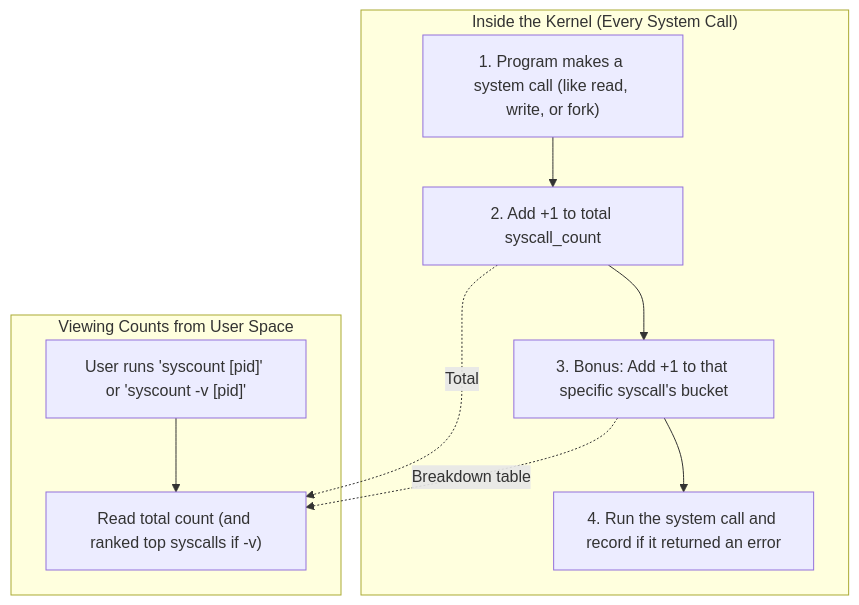
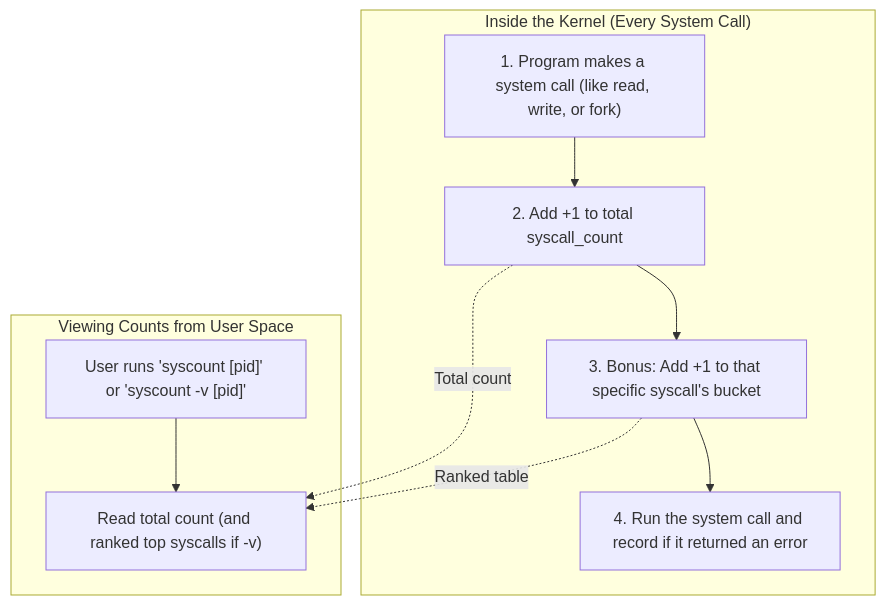
One commit to asbahkhan67-ctrl/xv6-riscv changed diagram 11 of 21 in README.md. Above: the diagram before and after it, drawn with Mermaid. The commit also changed other lines of this file and 167 other files, not shown here.

````diff
--- a/README.md
+++ b/README.md
@@ -757,15 +657,15 @@
 ```mermaid
 flowchart TD
     subgraph Count["Inside the Kernel (Every System Call)"]
         K1["1. Program makes a system call (like read, write, or fork)"] --> K2["2. Add +1 to total syscall_count"]
         K2 --> K3["3. Bonus: Add +1 to that specific syscall's bucket"]
         K3 --> K4["4. Run the system call and record if it returned an error"]
     end
 
     subgraph View["Viewing Counts from User Space"]
         U1["User runs 'syscount [pid]' or 'syscount -v [pid]'"] --> U2["Read total count (and ranked top syscalls if -v)"]
     end
 
-    K2 -. "Total" .-> U2
-    K3 -. "Breakdown table" .-> U2
+    K2 -.->|Total count| U2
+    K3 -.->|Ranked table| U2
 ```
````
